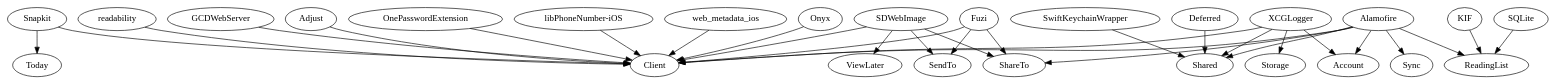
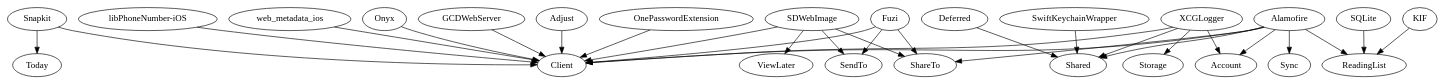
Before and after one commit to isabelrios/firefox-ios: the diagram in focus-ios/Docs/Dependency Graphs/dot-files/digraph-carthage-fxios.dot, drawn with Graphviz. The commit also changed 7 other files, not shown here.

```diff
--- a/focus-ios/Docs/Dependency Graphs/dot-files/digraph-carthage-fxios.dot
+++ b/focus-ios/Docs/Dependency Graphs/dot-files/digraph-carthage-fxios.dot
@@ -1,32 +1,31 @@
 digraph CarthageFxiOS {
   "Alamofire" -> "Client"
   "Alamofire" -> "ShareTo"
   "Alamofire" -> "Shared"
   "Alamofire" -> "Account"
   "Alamofire" -> "Sync"
   "Alamofire" -> "ReadingList"
   "Snapkit" -> "Client"
   "Snapkit" -> "Today"
   "SDWebImage" -> "Client"
   "SDWebImage" -> "SendTo"
   "SDWebImage" -> "ShareTo"
   "SDWebImage" -> "ViewLater"
   "GCDWebServer" -> "Client"
   "Adjust" -> "Client"
   "OnePasswordExtension" -> "Client"
   "libPhoneNumber-iOS" -> "Client"
   "web_metadata_ios" -> "Client"
   "XCGLogger" -> "Client"
   "XCGLogger" -> "Shared"
   "XCGLogger" -> "Storage"
   "XCGLogger" -> "Account"
   "Fuzi" -> "Client"
   "Fuzi" -> "SendTo"
   "Fuzi" -> "ShareTo"
   "Onyx" -> "Client"
-  "readability" -> "Client"
   "SwiftKeychainWrapper" -> "Shared"
   "Deferred" -> "Shared"
   "KIF" -> "ReadingList"
   "SQLite" -> "ReadingList"
 }
```
